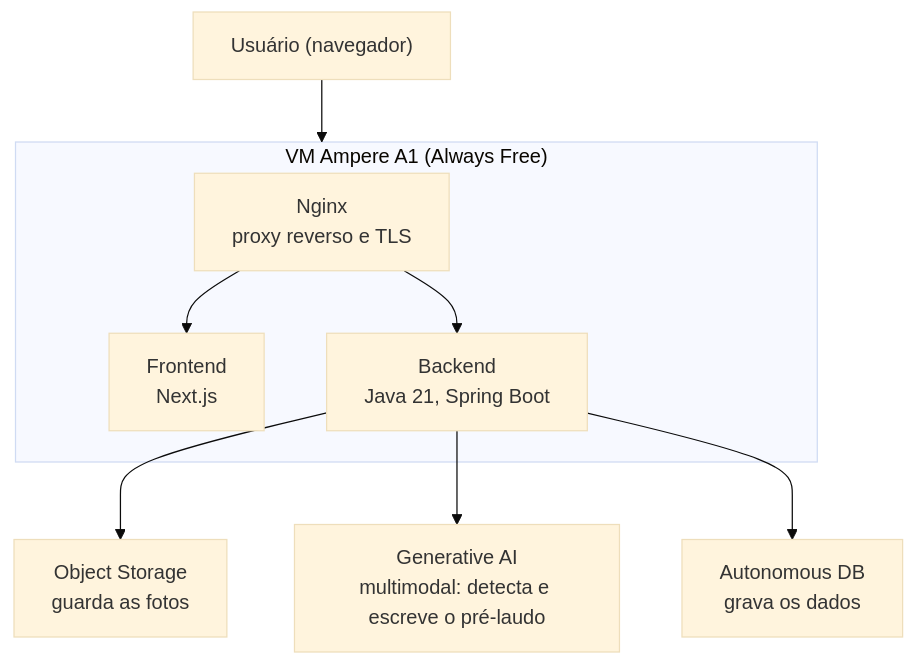
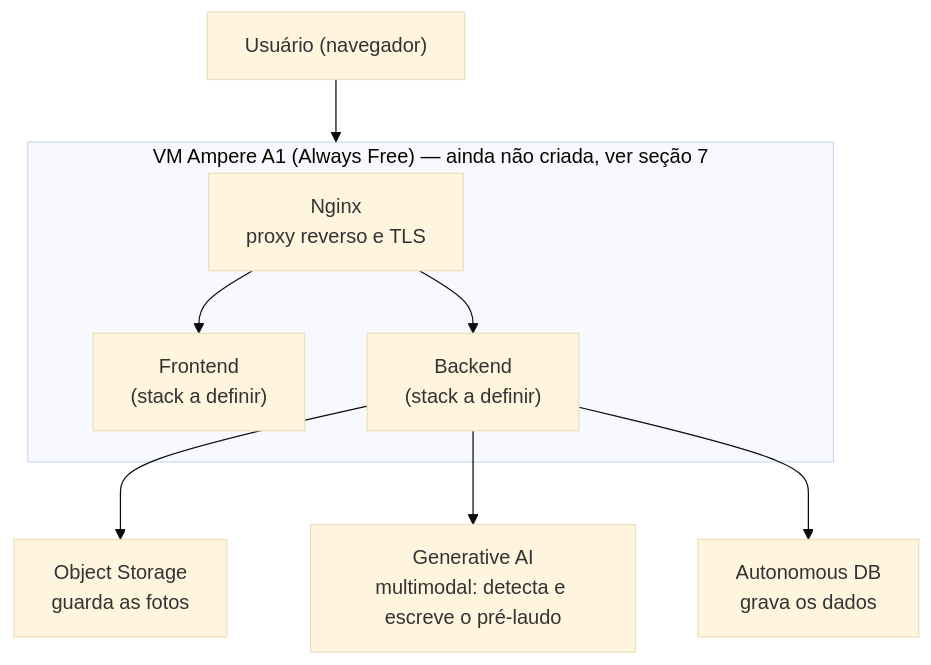
One commit to IA-Vistoria/vistoria-mvp changed the first of 3 diagrams in README.md. Above: the diagram before and after it, drawn with Mermaid (base theme). The commit also changed other lines of this file and 1 other file, not shown here.

````diff
--- a/README.md
+++ b/README.md
@@ -75,16 +99,16 @@
 ```mermaid
 flowchart TD
     User["Usuário (navegador)"] --> VMBox
 
-    subgraph VMBox["VM Ampere A1 (Always Free)"]
+    subgraph VMBox["VM Ampere A1 (Always Free) — ainda não criada, ver seção 7"]
         Nginx["Nginx<br/>proxy reverso e TLS"]
-        Frontend["Frontend<br/>Next.js"]
-        Backend["Backend<br/>Java 21, Spring Boot"]
+        Frontend["Frontend<br/>(stack a definir)"]
+        Backend["Backend<br/>(stack a definir)"]
         Nginx --> Frontend
         Nginx --> Backend
     end
 
     Backend --> ObjStorage["Object Storage<br/>guarda as fotos"]
     Backend --> GenAI["Generative AI<br/>multimodal: detecta e escreve o pré-laudo"]
     Backend --> ADB["Autonomous DB<br/>grava os dados"]
 ```
````
